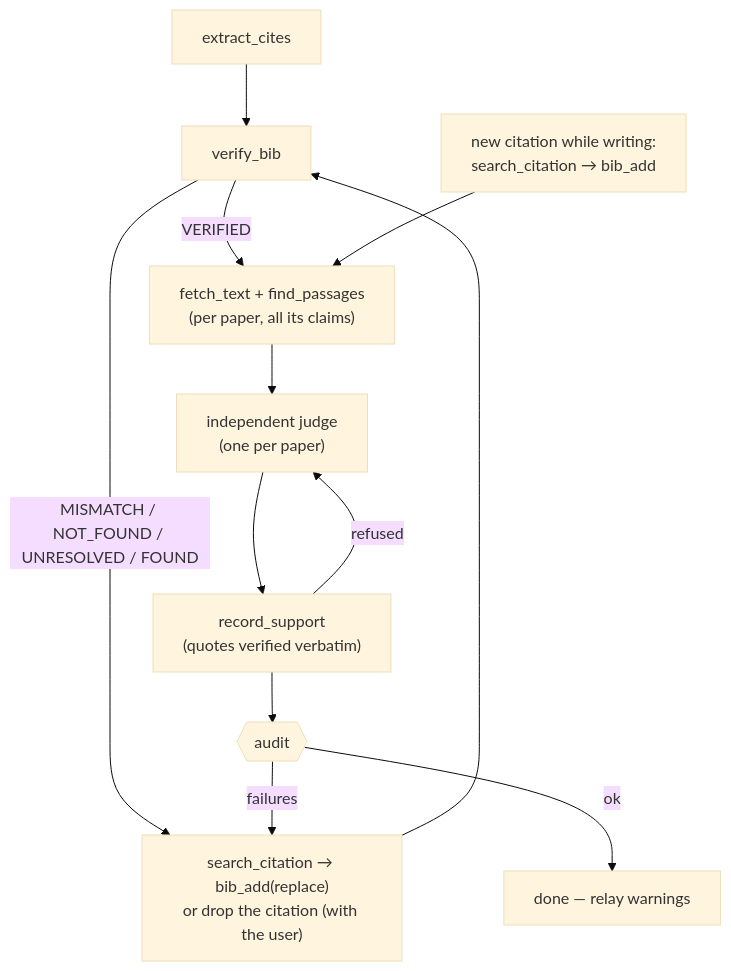
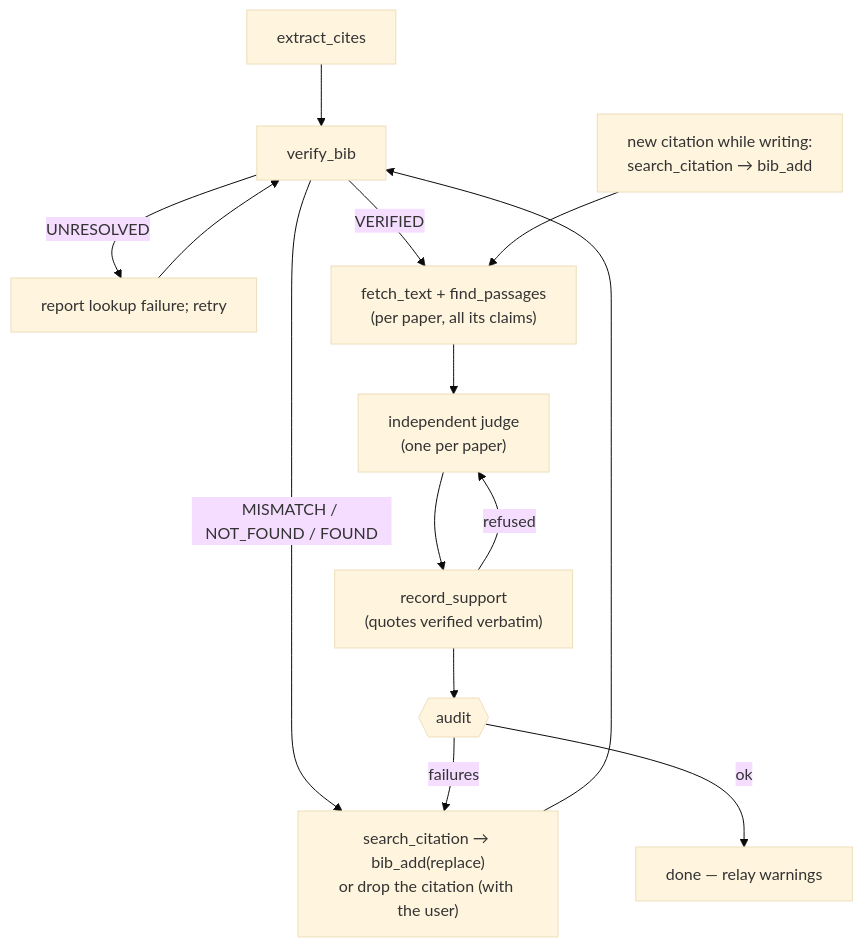
Before and after one commit to biprateep/science-skills: the diagram in skills/cite-check/SKILL.md, drawn with Mermaid (base theme). The commit also changed other lines of this file and 2 other files, not shown here.

Commit message:
docs(cite-check): align evidence and lookup workflow contracts

````diff
--- a/skills/cite-check/SKILL.md
+++ b/skills/cite-check/SKILL.md
@@ -274,14 +283,16 @@
 ```mermaid
 flowchart TD
   start["extract_cites"] --> vb["verify_bib"]
-  vb -- "MISMATCH / NOT_FOUND / UNRESOLVED / FOUND" --> fix["search_citation → bib_add(replace)<br/>or drop the citation (with the user)"]
+  vb -- "MISMATCH / NOT_FOUND / FOUND" --> fix["search_citation → bib_add(replace)<br/>or drop the citation (with the user)"]
   fix --> vb
+  vb -- "UNRESOLVED" --> retry["report lookup failure; retry"]
+  retry --> vb
   vb -- "VERIFIED" --> text["fetch_text + find_passages<br/>(per paper, all its claims)"]
   text --> judge["independent judge<br/>(one per paper)"]
   judge --> rec["record_support<br/>(quotes verified verbatim)"]
   rec -- refused --> judge
   rec --> audit{{"audit"}}
   audit -- "failures" --> fix
   audit -- "ok" --> done["done — relay warnings"]
   add["new citation while writing:<br/>search_citation → bib_add"] --> text
 ```
````
